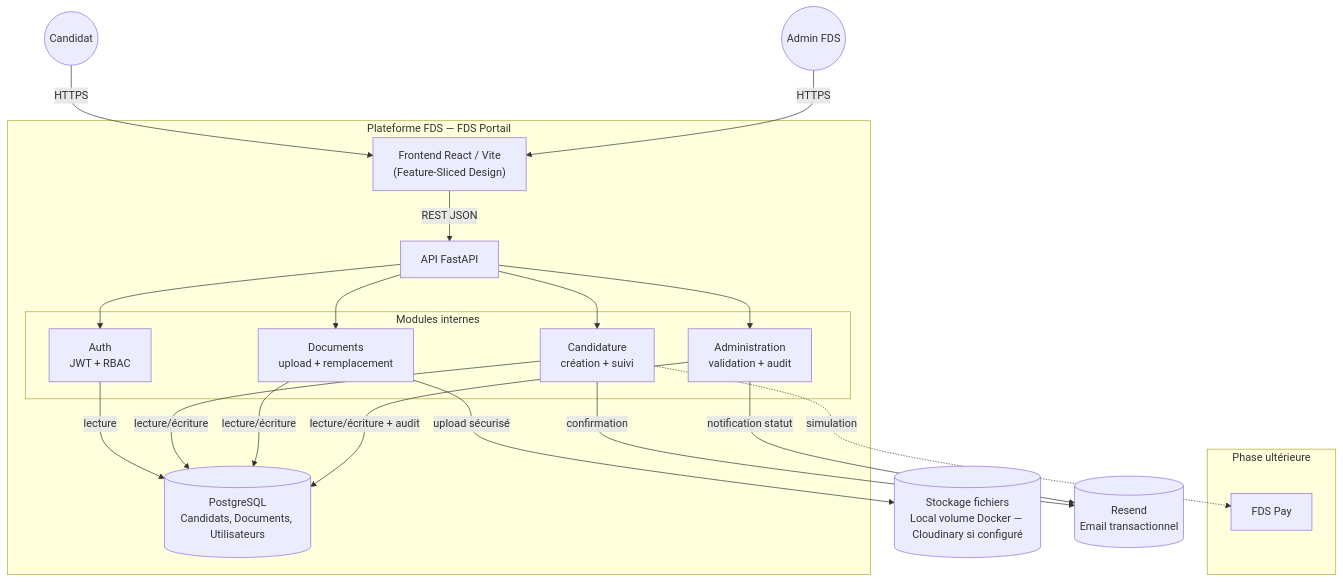
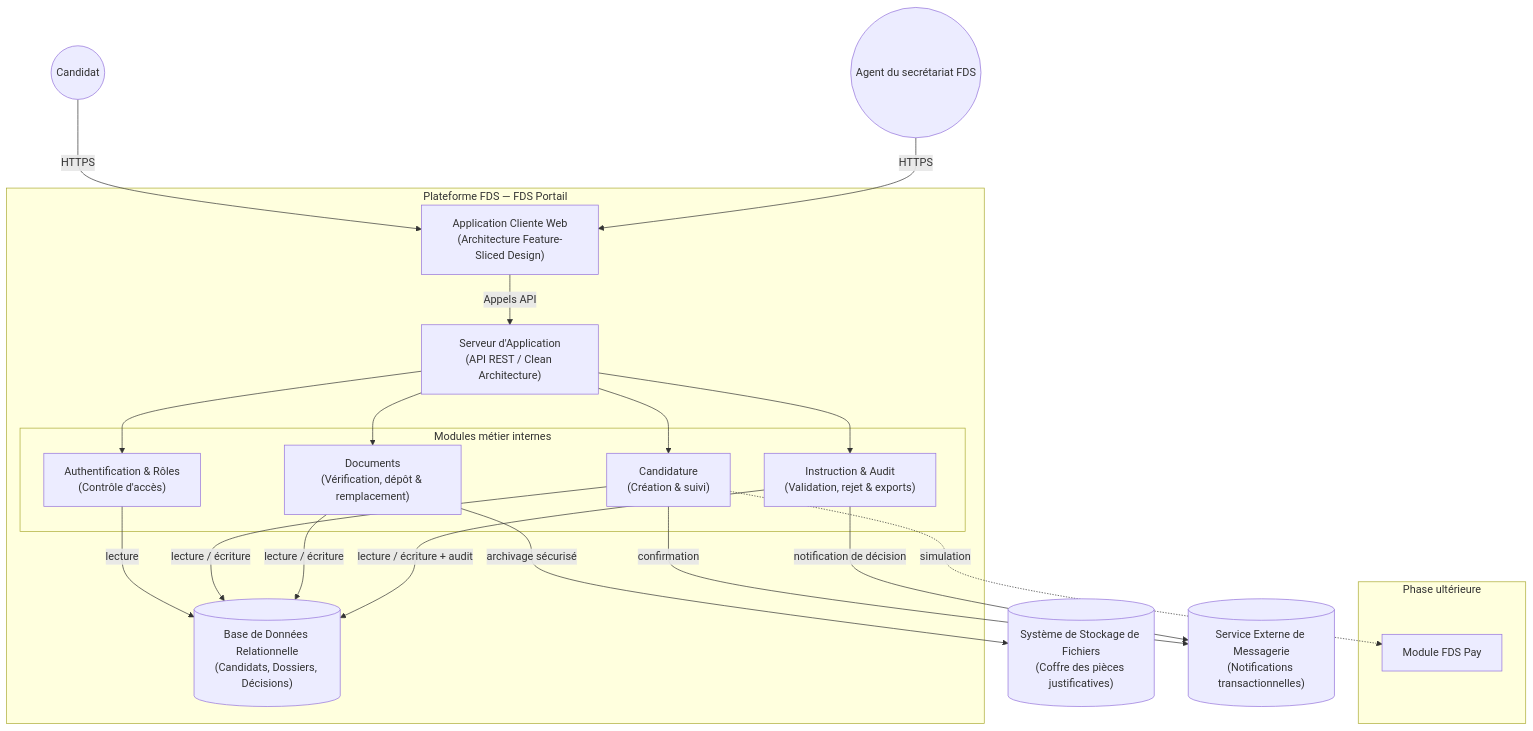
Before and after one commit to Paro-fds/bravetech: the fourth of 4 diagrams in cahier_des_charges.md, drawn with Mermaid. The commit also changed other lines of this file and 16 other files, not shown here.

````diff
--- a/cahier_des_charges.md
+++ b/cahier_des_charges.md
@@ -457,46 +475,46 @@
 ```mermaid
 flowchart TB
     Candidat((Candidat))
-    Admin((Admin FDS))
+    Agent((Agent du secrétariat FDS))
 
     subgraph Plateforme["Plateforme FDS — FDS Portail"]
-        Front["Frontend React / Vite\n(Feature-Sliced Design)"]
-        API["API FastAPI"]
+        Front["Application Cliente Web\n(Architecture Feature-Sliced Design)"]
+        API["Serveur d'Application\n(API REST / Clean Architecture)"]
 
-        subgraph Modules["Modules internes"]
-            Auth["Auth\nJWT + RBAC"]
-            Candidature["Candidature\ncréation + suivi"]
-            Documents["Documents\nupload + remplacement"]
-            Administration["Administration\nvalidation + audit"]
+        subgraph Modules["Modules métier internes"]
+            Auth["Authentification & Rôles\n(Contrôle d'accès)"]
+            Candidature["Candidature\n(Création & suivi)"]
+            Documents["Documents\n(Vérification, dépôt & remplacement)"]
+            Administration["Instruction & Audit\n(Validation, rejet & exports)"]
         end
 
-        DB[("PostgreSQL\nCandidats, Documents, Utilisateurs")]
+        DB[("Base de Données Relationnelle\n(Candidats, Dossiers, Décisions)")]
     end
 
-    Store[("Stockage fichiers\nLocal volume Docker — Cloudinary si configuré")]
-    Mail[("Resend\nEmail transactionnel")]
+    Store[("Système de Stockage de Fichiers\n(Coffre des pièces justificatives)")]
+    Mail[("Service Externe de Messagerie\n(Notifications transactionnelles)")]
 
     subgraph Futur["Phase ultérieure"]
-        Pay["FDS Pay"]
+        Pay["Module FDS Pay"]
     end
 
     Candidat -->|HTTPS| Front
-    Admin -->|HTTPS| Front
-    Front -->|REST JSON| API
+    Agent -->|HTTPS| Front
+    Front -->|Appels API| API
 
     API --> Auth
     API --> Candidature
     API --> Documents
     API --> Administration
 
     Auth -->|lecture| DB
-    Candidature -->|lecture/écriture| DB
-    Documents -->|lecture/écriture| DB
-    Administration -->|lecture/écriture + audit| DB
+    Candidature -->|lecture / écriture| DB
+    Documents -->|lecture / écriture| DB
+    Administration -->|lecture / écriture + audit| DB
 
-    Documents -->|upload sécurisé| Store
+    Documents -->|archivage sécurisé| Store
     Candidature -->|confirmation| Mail
-    Administration -->|notification statut| Mail
+    Administration -->|notification de décision| Mail
 
     Candidature -.->|simulation| Pay
 ```
````
